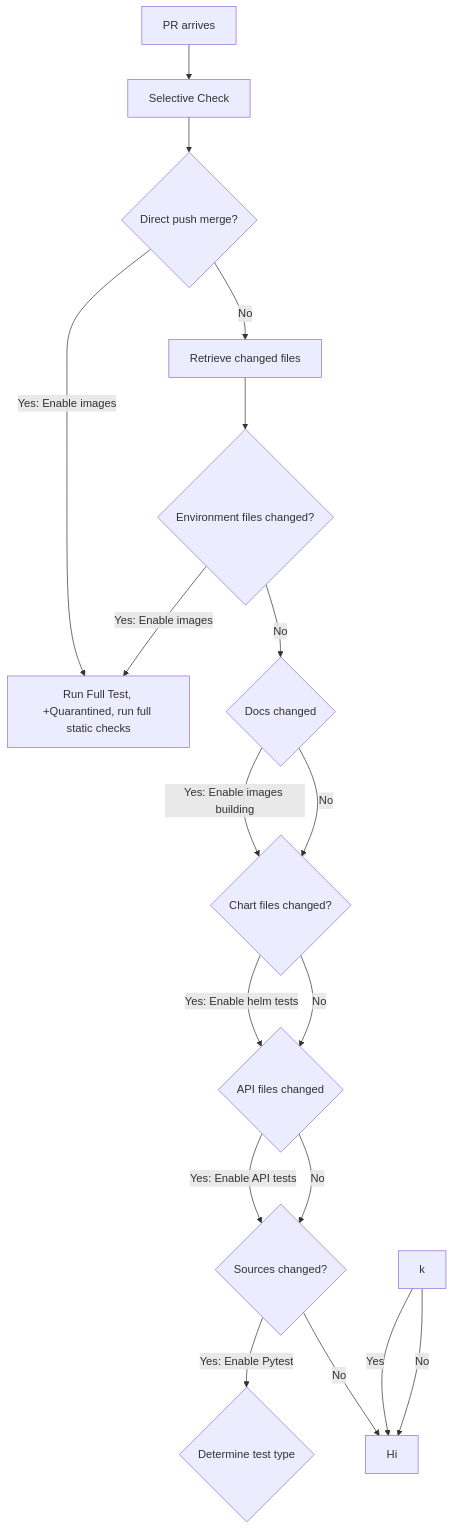
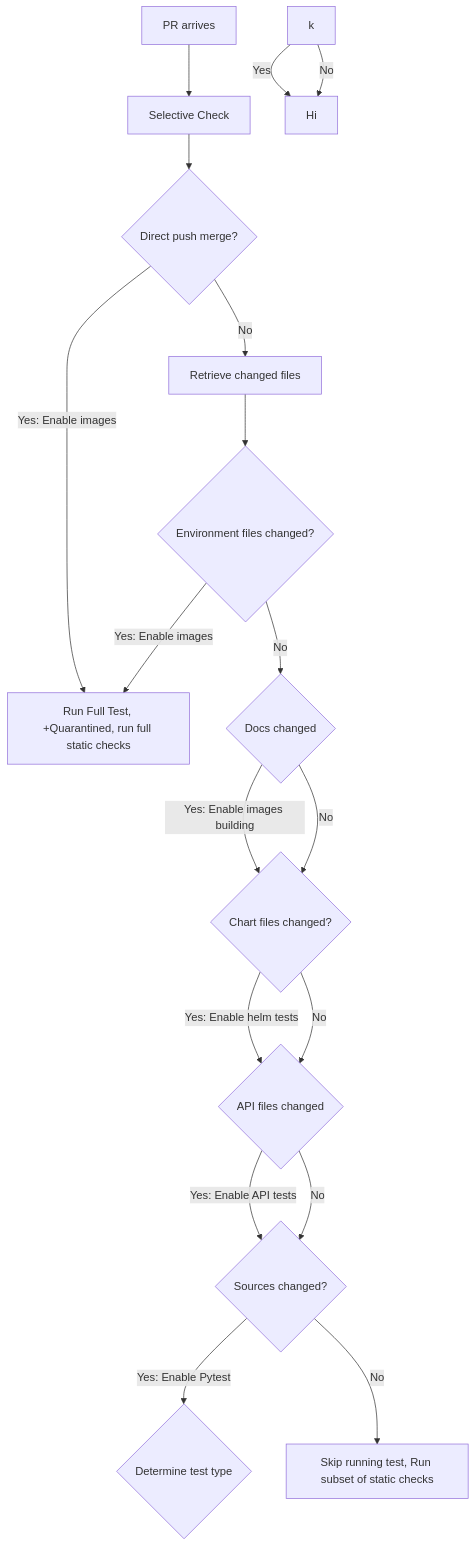
Before and after one commit to edithturn/golang-training: the diagram in README.md, drawn with Mermaid.

Commit message:
test mermaid

````diff
--- a/README.md
+++ b/README.md
@@ -7,20 +7,20 @@
 ```mermaid
 flowchart TD
 A[PR arrives]-->B[Selective Check]
 B-->C{Direct push merge?}
 C-->|Yes: Enable images| D[Run Full Test, +Quarantined, run full static checks]
 C-->|No| E[Retrieve changed files]
 E-->F{Environment files changed?}
 F-->|Yes: Enable images| D
 F-->|No| G{Docs changed}
 G-->|Yes: Enable images building| I{Chart files changed?}
 G-->|No| I
 I-->|Yes: Enable helm tests| J{API files changed}
 I-->|No| J
 J-->|Yes: Enable API tests| H{Sources changed?}
 J-->|No| H
 H-->|Yes: Enable Pytest| K{Determine test type}
 H-->|No| L[Skip running test, Run subset of static checks]
-k-->|Yes| L[Hi] 
-k-->|No| L
+k-->|Yes| M[Hi] 
+k-->|No| M
 ```
````
